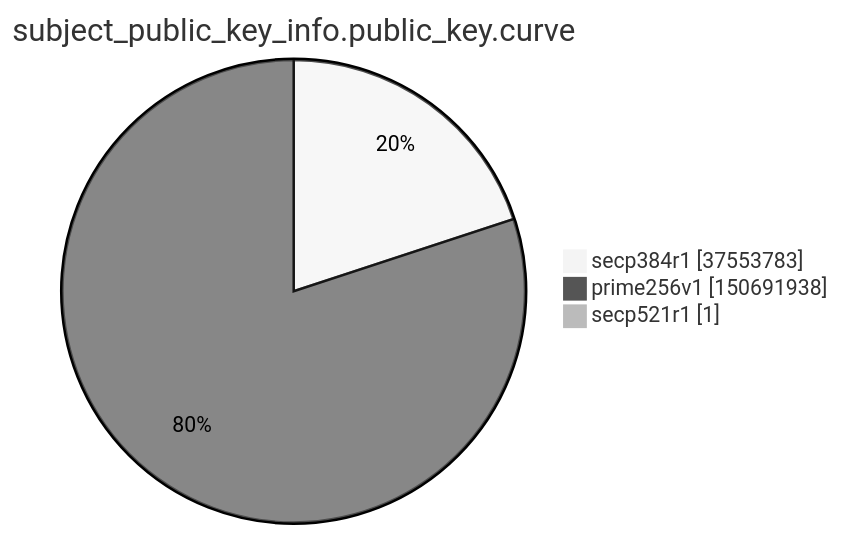
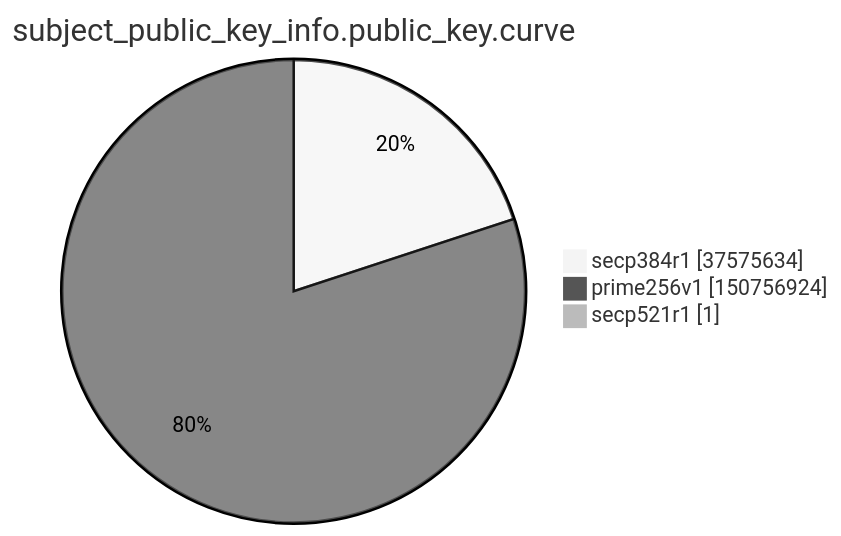
One commit to christiankrug/ctmonitor_visualization changed the ninth of 15 diagrams in xenon2022/README.md. Above: the diagram before and after it, drawn with Mermaid (neutral theme). The commit also changed other lines of this file, not shown here.

````diff
--- a/xenon2022/README.md
+++ b/xenon2022/README.md
@@ -2858,7 +2858,7 @@
 ```mermaid
 pie showData
 title subject_public_key_info.public_key.curve
-"secp384r1" :37553783
-"prime256v1" :150691938
+"secp384r1" :37575634
+"prime256v1" :150756924
 "secp521r1" :1
 ```
````
